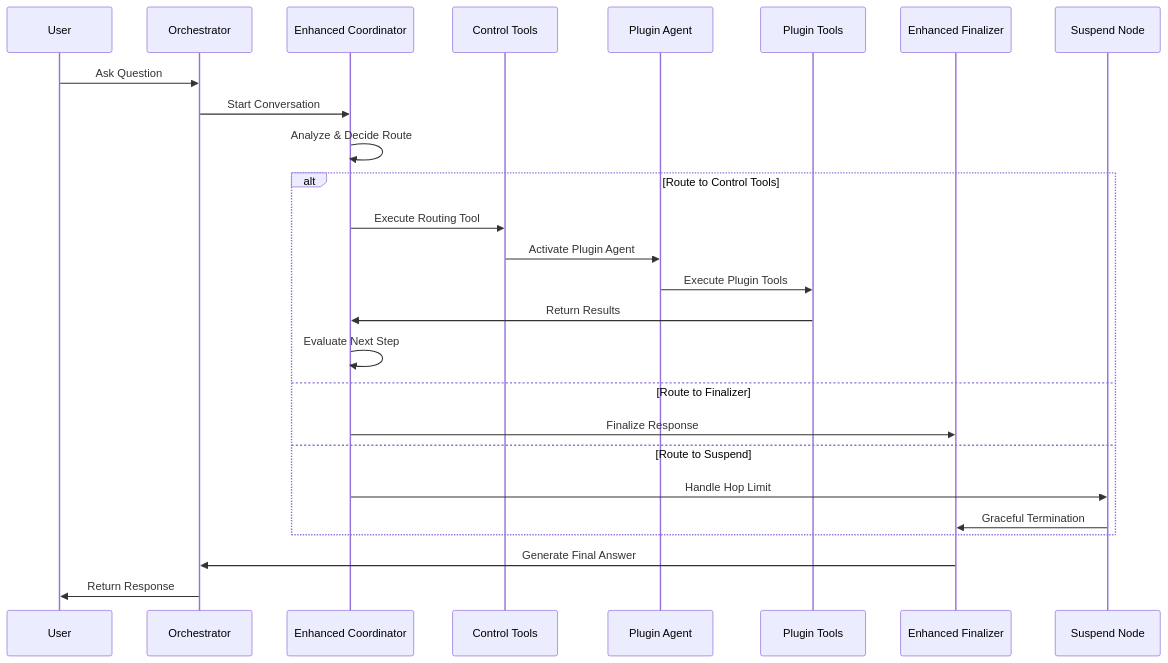
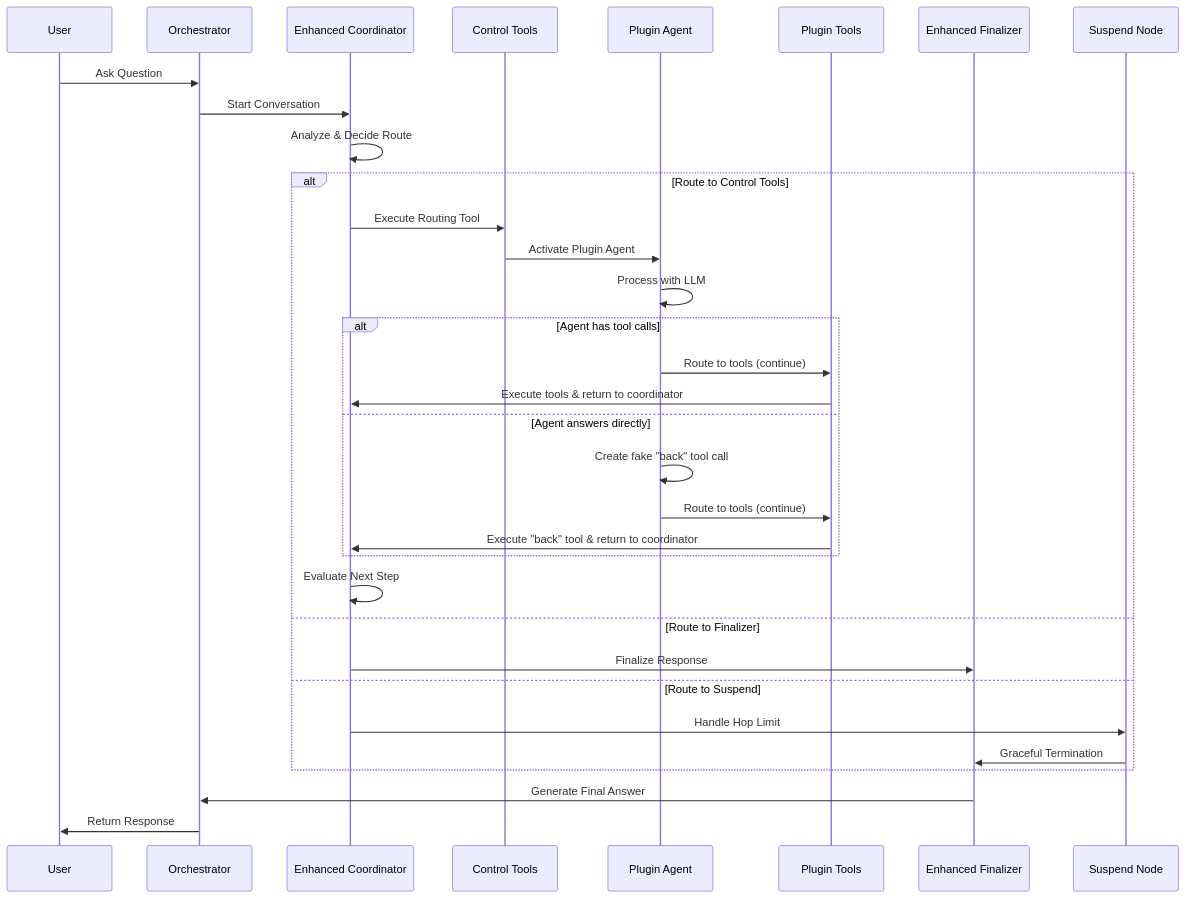
Before and after one commit to jonaskahn/cadence: the sixth of 9 diagrams in docs/concepts/langgraph-architecture.md, drawn with Mermaid. The commit also changed other lines of this file and 41 other files, not shown here.

````diff
--- a/docs/concepts/langgraph-architecture.md
+++ b/docs/concepts/langgraph-architecture.md
@@ -690,31 +358,40 @@
 ```mermaid
 sequenceDiagram
     participant U as User
     participant O as Orchestrator
     participant C as Enhanced Coordinator
     participant CT as Control Tools
     participant PA as Plugin Agent
     participant PT as Plugin Tools
     participant F as Enhanced Finalizer
     participant S as Suspend Node
     
     U->>O: Ask Question
     O->>C: Start Conversation
     C->>C: Analyze & Decide Route
     
     alt Route to Control Tools
         C->>CT: Execute Routing Tool
         CT->>PA: Activate Plugin Agent
-        PA->>PT: Execute Plugin Tools
-        PT->>C: Return Results
+        PA->>PA: Process with LLM
+        
+        alt Agent has tool calls
+            PA->>PT: Route to tools (continue)
+            PT->>C: Execute tools & return to coordinator
+        else Agent answers directly
+            PA->>PA: Create fake "back" tool call
+            PA->>PT: Route to tools (continue)
+            PT->>C: Execute "back" tool & return to coordinator
+        end
+        
         C->>C: Evaluate Next Step
     else Route to Finalizer
         C->>F: Finalize Response
     else Route to Suspend
         C->>S: Handle Hop Limit
         S->>F: Graceful Termination
     end
     
     F->>O: Generate Final Answer
     O->>U: Return Response
 ```
````
